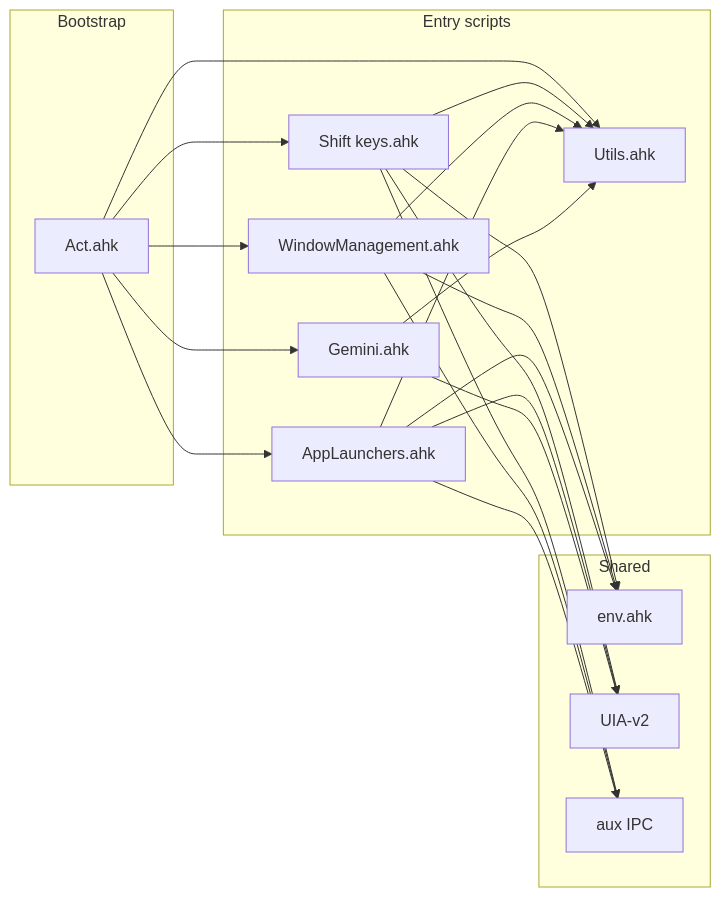
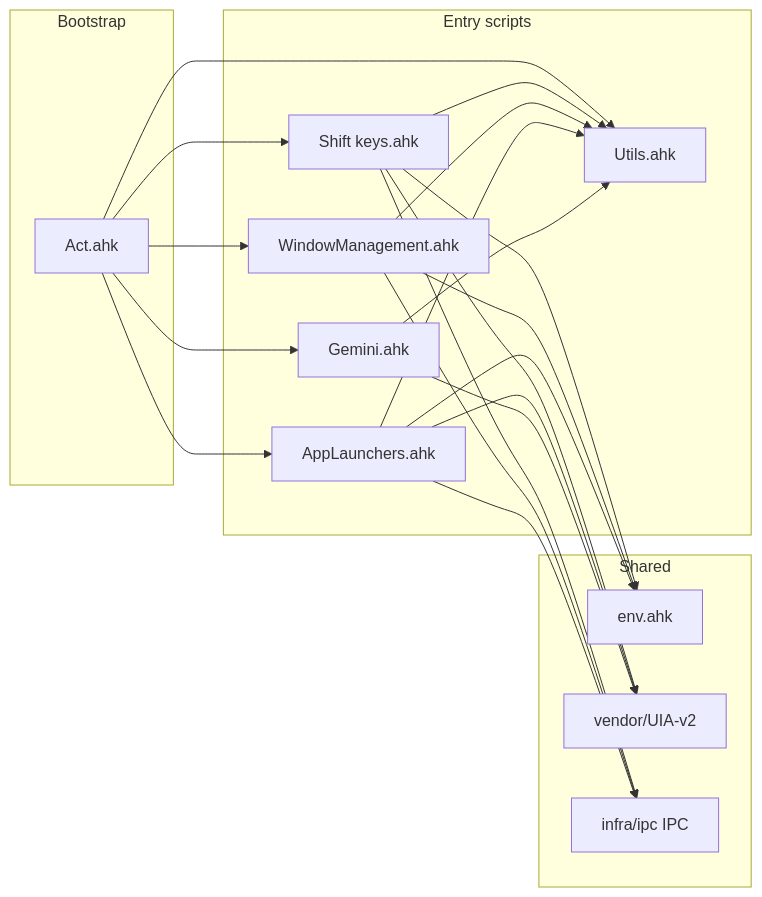
Before and after one commit to duducm2/scripts: the diagram in README.md, drawn with Mermaid. The commit also changed other lines of this file and 64 other files, not shown here.

````diff
--- a/README.md
+++ b/README.md
@@ -126,36 +123,36 @@
 ```mermaid
 flowchart LR
   subgraph bootstrap [Bootstrap]
     Act[Act.ahk]
   end
   subgraph scripts [Entry scripts]
     Shift[Shift keys.ahk]
     Utils[Utils.ahk]
     WM[WindowManagement.ahk]
     AL[AppLaunchers.ahk]
     Gem[Gemini.ahk]
   end
   subgraph shared [Shared]
     env[env.ahk]
-    UIA[UIA-v2]
-    aux[aux IPC]
+    UIA[vendor/UIA-v2]
+    ipcNode[infra/ipc IPC]
   end
   Act --> Shift
   Act --> Utils
   Act --> WM
   Act --> AL
   Act --> Gem
   Shift --> env
   Shift --> UIA
   Shift --> Utils
-  Shift --> aux
+  Shift --> ipcNode
   WM --> env
   WM --> Utils
-  WM --> aux
+  WM --> ipcNode
   AL --> env
   AL --> UIA
   AL --> Utils
-  AL --> aux
+  AL --> ipcNode
   Gem --> UIA
   Gem --> Utils
 ```
````
